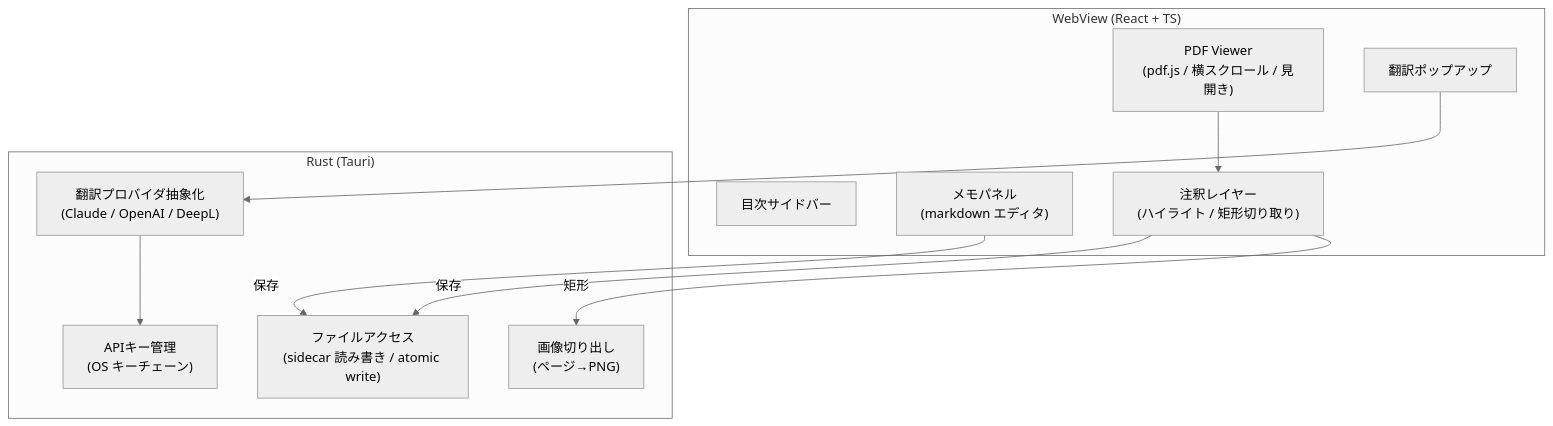
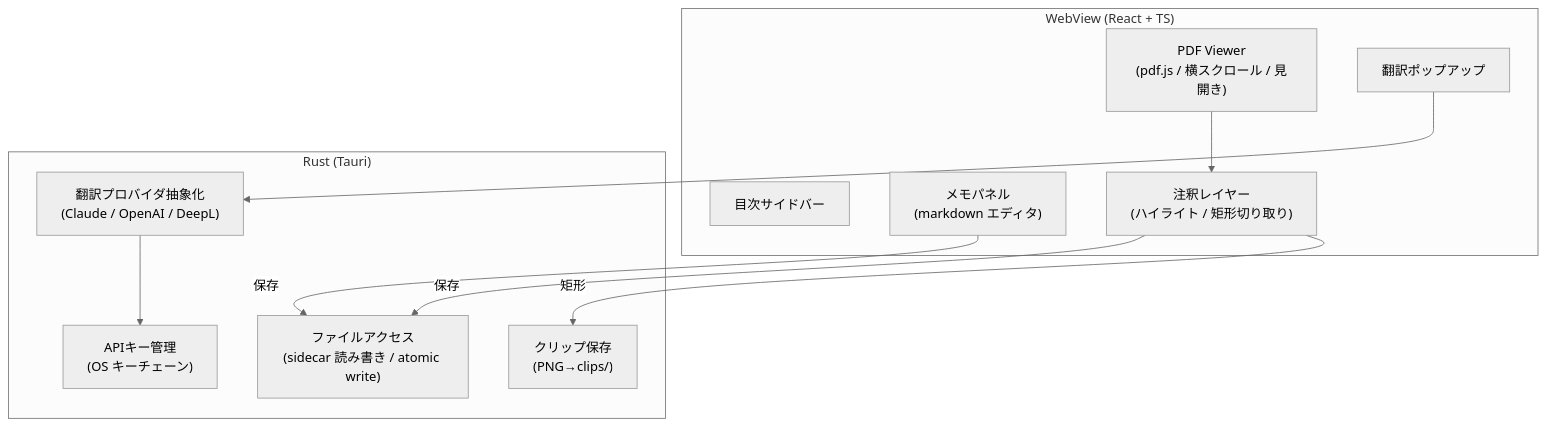
One commit to coyotekojote/papyrus changed the diagram in docs/design.md. Above: the diagram before and after it, drawn with Mermaid (neutral theme). The commit also changed other lines of this file and 28 other files, not shown here.

First line of the commit message:
図の切り取りを実装する

````diff
--- a/docs/design.md
+++ b/docs/design.md
@@ -61,22 +61,22 @@
 ```mermaid
 graph TB
     subgraph Frontend["WebView (React + TS)"]
         Viewer["PDF Viewer<br/>(pdf.js / 横スクロール / 見開き)"]
         Sidebar["目次サイドバー"]
         Notes["メモパネル<br/>(markdown エディタ)"]
         Annot["注釈レイヤー<br/>(ハイライト / 矩形切り取り)"]
         TransUI["翻訳ポップアップ"]
     end
     subgraph Backend["Rust (Tauri)"]
         FS["ファイルアクセス<br/>(sidecar 読み書き / atomic write)"]
         Trans["翻訳プロバイダ抽象化<br/>(Claude / OpenAI / DeepL)"]
         Keys["APIキー管理<br/>(OS キーチェーン)"]
-        Clip["画像切り出し<br/>(ページ→PNG)"]
+        Clip["クリップ保存<br/>(PNG→clips/)"]
     end
     Viewer --> Annot
     Annot -->|保存| FS
     Notes -->|保存| FS
     TransUI --> Trans
     Trans --> Keys
     Annot -->|矩形| Clip
 ```
````
